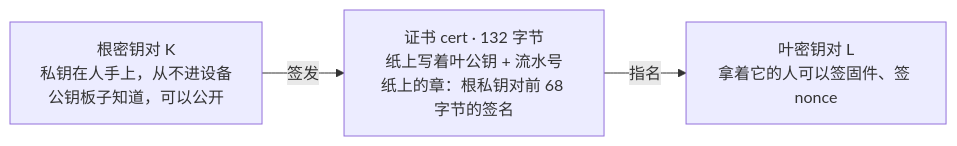
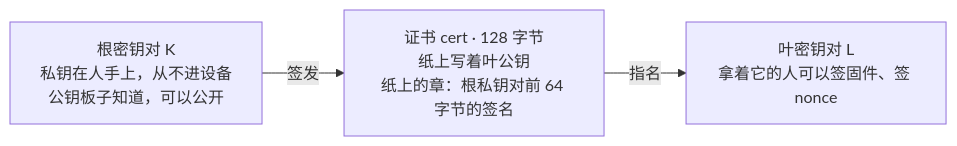
The second of 5 diagrams in docs/modules/M2-ownership.md (haliboteda/OpenPLC_Docs), drawn with Mermaid before and after one commit. The commit also changed other lines of this file and 24 other files, not shown here.

````diff
--- a/docs/modules/M2-ownership.md
+++ b/docs/modules/M2-ownership.md
@@ -52,8 +52,8 @@
 ```mermaid
 flowchart LR
     K["根密钥对 K<br/>私钥在人手上，从不进设备<br/>公钥板子知道，可以公开"]
-    C["证书 cert · 132 字节<br/>纸上写着叶公钥 + 流水号<br/>纸上的章：根私钥对前 68 字节的签名"]
+    C["证书 cert · 128 字节<br/>纸上写着叶公钥<br/>纸上的章：根私钥对前 64 字节的签名"]
     L["叶密钥对 L<br/>拿着它的人可以签固件、签 nonce"]
     K -- 签发 --> C
     C -- 指名 --> L
 ```
````
